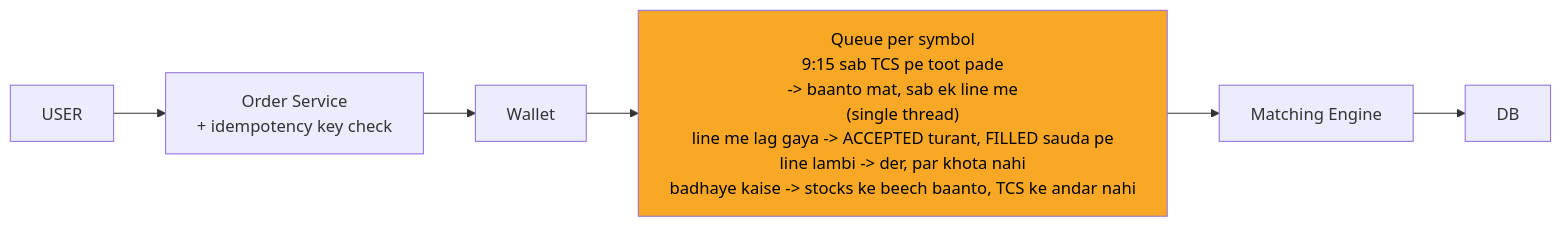
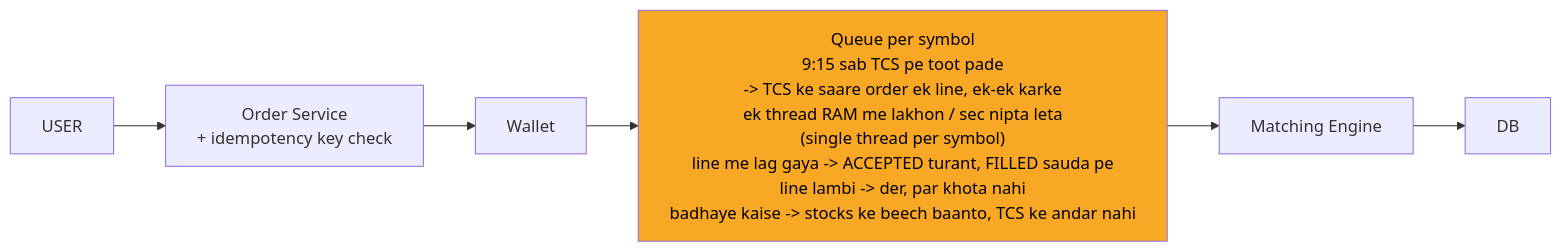
One commit to ArpanMaheshwari144/Prep changed the fifth of 10 diagrams in 04_HLD/SYSTEM_DESIGNS/05_stock_broker_trading/05_stock_broker_trading.md. Above: the diagram before and after it, drawn with Mermaid. The commit also changed other lines of this file and 13 other files, not shown here.

````diff
--- a/04_HLD/SYSTEM_DESIGNS/05_stock_broker_trading/05_stock_broker_trading.md
+++ b/04_HLD/SYSTEM_DESIGNS/05_stock_broker_trading/05_stock_broker_trading.md
@@ -201,16 +205,16 @@
 ```mermaid
 %%{init: {"flowchart": {"wrappingWidth": 450}}}%%
 flowchart LR
     n_USER["USER"]
     n_Order_Service["Order Service<br/>+ idempotency key check"]
     n_Wallet["Wallet"]
-    n_Queue_per_symbol["Queue per symbol<br/>9:15 sab TCS pe toot pade<br/>-> baanto mat, sab ek line me<br/>(single thread)<br/>line me lag gaya -> ACCEPTED turant, FILLED sauda pe<br/>line lambi -> der, par khota nahi<br/>badhaye kaise -> stocks ke beech baanto, TCS ke andar nahi"]
+    n_Queue_per_symbol["Queue per symbol<br/>9:15 sab TCS pe toot pade<br/>-> TCS ke saare order ek line, ek-ek karke<br/>ek thread RAM me lakhon / sec nipta leta<br/>(single thread per symbol)<br/>line me lag gaya -> ACCEPTED turant, FILLED sauda pe<br/>line lambi -> der, par khota nahi<br/>badhaye kaise -> stocks ke beech baanto, TCS ke andar nahi"]
     n_Matching_Engine["Matching Engine"]
     n_DB["DB"]
     n_USER --> n_Order_Service
     n_Order_Service --> n_Wallet
     n_Wallet --> n_Queue_per_symbol
     n_Queue_per_symbol --> n_Matching_Engine
     n_Matching_Engine --> n_DB
     style n_Queue_per_symbol fill:#f9a825,color:#000
 ```
````
